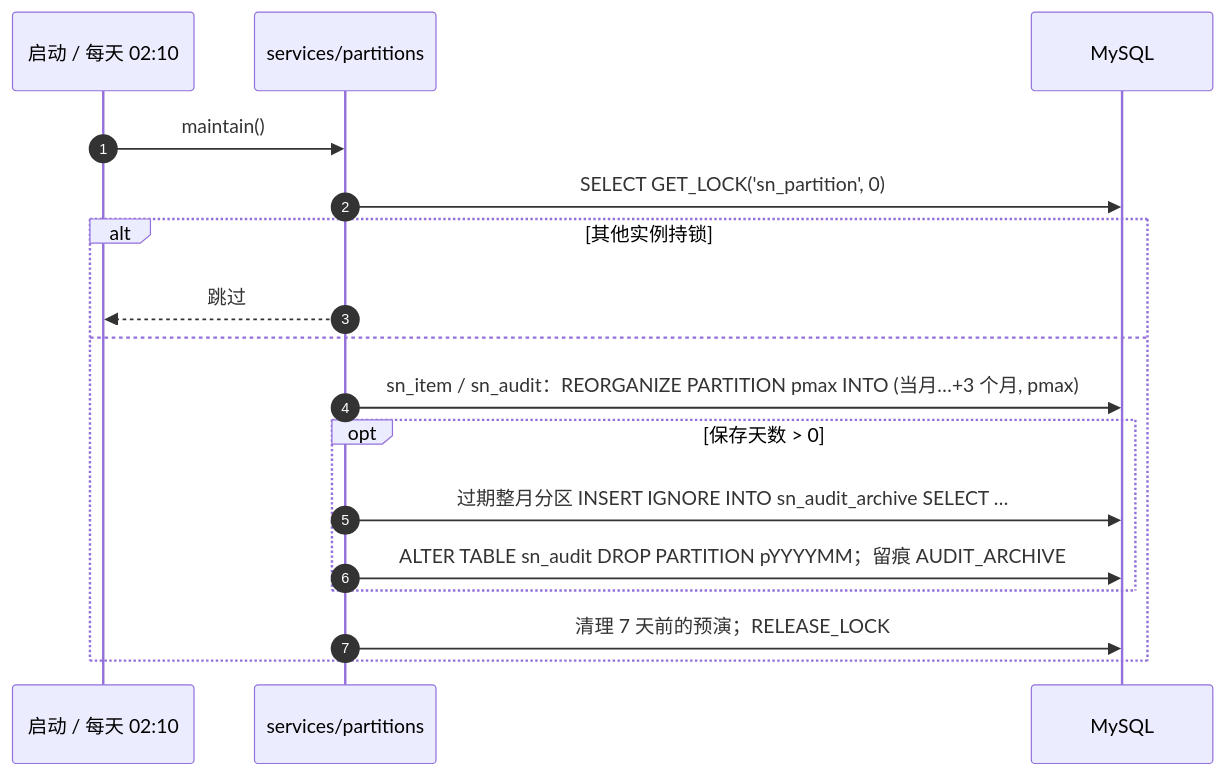
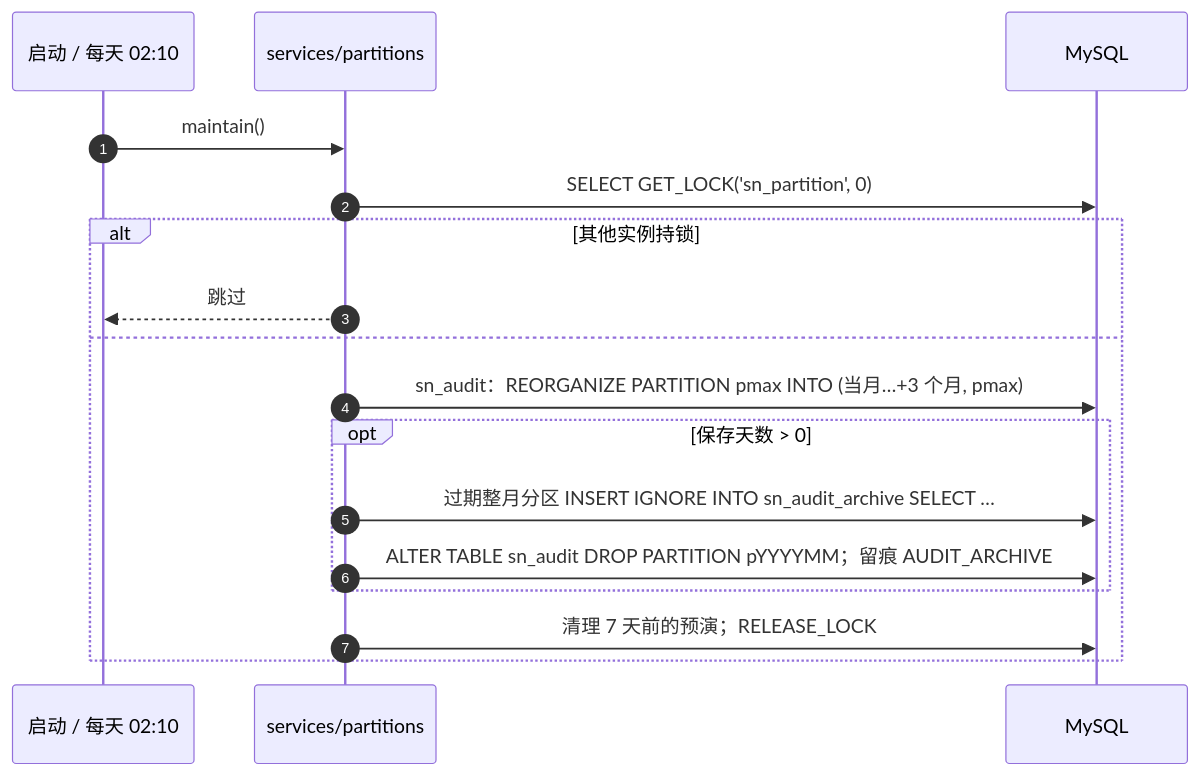
One commit to Createsnow/sn-center changed diagram 13 of 13 in docs/技术文档.md. Above: the diagram before and after it, drawn with Mermaid. The commit also changed other lines of this file and 15 other files, not shown here.

````diff
--- a/docs/技术文档.md
+++ b/docs/技术文档.md
@@ -440,19 +440,19 @@
 ```mermaid
 sequenceDiagram
     autonumber
     participant S as 启动 / 每天 02:10
     participant P as services/partitions
     participant DB as MySQL
     S->>P: maintain()
     P->>DB: SELECT GET_LOCK('sn_partition', 0)
     alt 其他实例持锁
         P-->>S: 跳过
     else
-        P->>DB: sn_item / sn_audit：REORGANIZE PARTITION pmax INTO (当月…+3 个月, pmax)
+        P->>DB: sn_audit：REORGANIZE PARTITION pmax INTO (当月…+3 个月, pmax)
         opt 保存天数 > 0
             P->>DB: 过期整月分区 INSERT IGNORE INTO sn_audit_archive SELECT …
             P->>DB: ALTER TABLE sn_audit DROP PARTITION pYYYYMM；留痕 AUDIT_ARCHIVE
         end
         P->>DB: 清理 7 天前的预演；RELEASE_LOCK
     end
 ```
````
